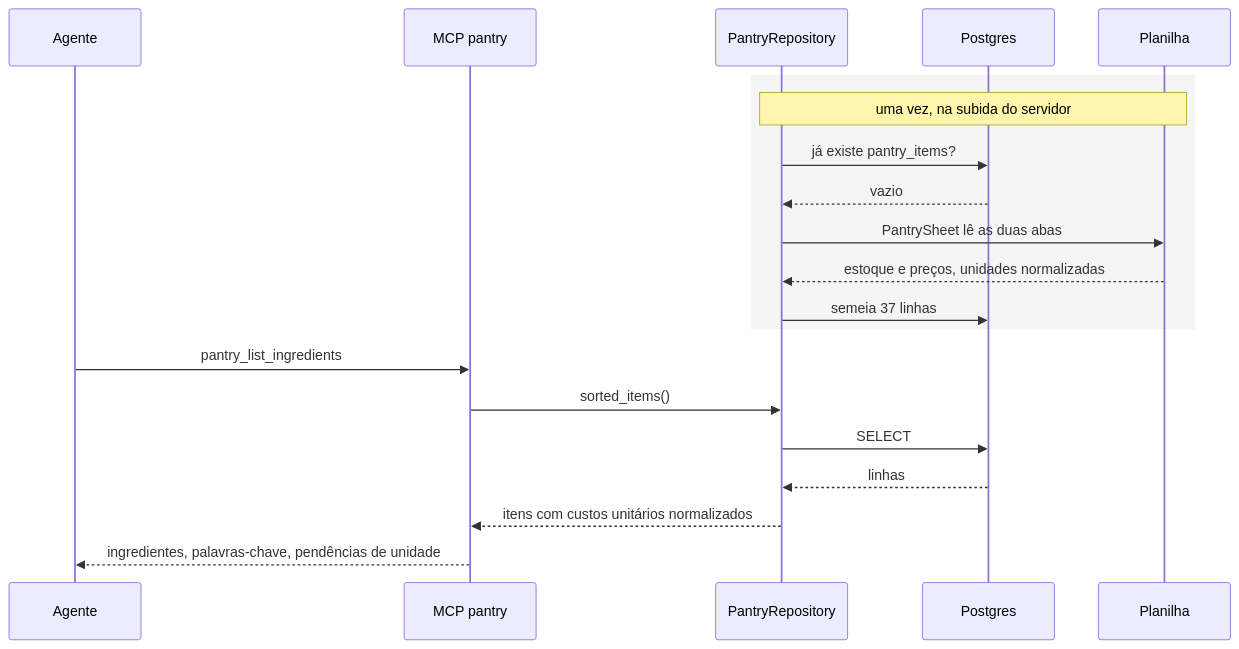
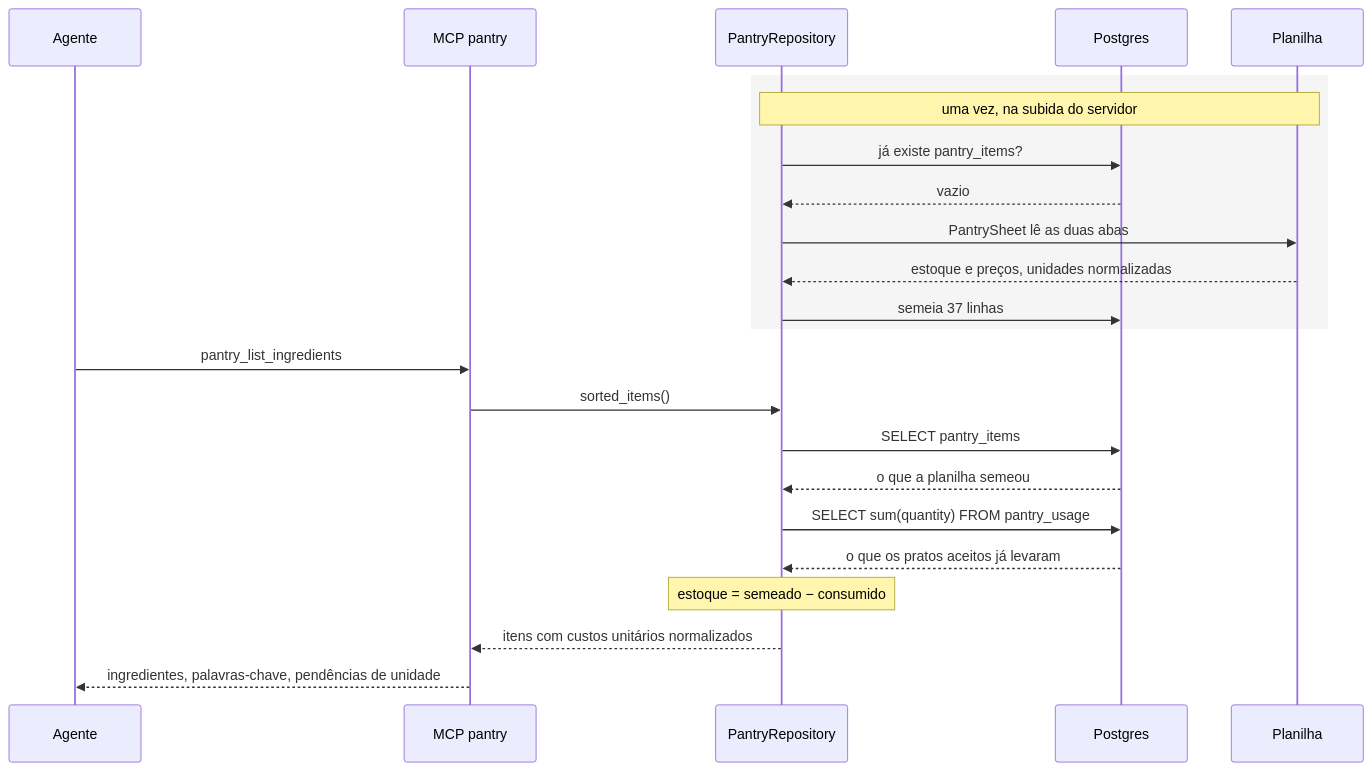
One commit to lrdsouza/jacquinho changed the fourth of 6 diagrams in docs/arquitetura.md. Above: the diagram before and after it, drawn with Mermaid. The commit also changed other lines of this file and 25 other files, not shown here.

````diff
--- a/docs/arquitetura.md
+++ b/docs/arquitetura.md
@@ -148,24 +148,27 @@
 ```mermaid
 sequenceDiagram
     participant A as Agente
     participant M as MCP pantry
     participant R as PantryRepository
     participant PG as Postgres
     participant X as Planilha
 
     rect rgb(245, 245, 245)
     note over R,X: uma vez, na subida do servidor
     R->>PG: já existe pantry_items?
     PG-->>R: vazio
     R->>X: PantrySheet lê as duas abas
     X-->>R: estoque e preços, unidades normalizadas
     R->>PG: semeia 37 linhas
     end
 
     A->>M: pantry_list_ingredients
     M->>R: sorted_items()
-    R->>PG: SELECT
-    PG-->>R: linhas
+    R->>PG: SELECT pantry_items
+    PG-->>R: o que a planilha semeou
+    R->>PG: SELECT sum(quantity) FROM pantry_usage
+    PG-->>R: o que os pratos aceitos já levaram
+    Note over R: estoque = semeado − consumido
     R-->>M: itens com custos unitários normalizados
     M-->>A: ingredientes, palavras-chave, pendências de unidade
 ```
````
